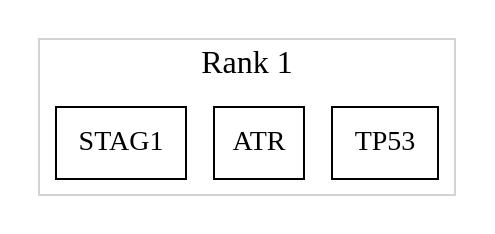
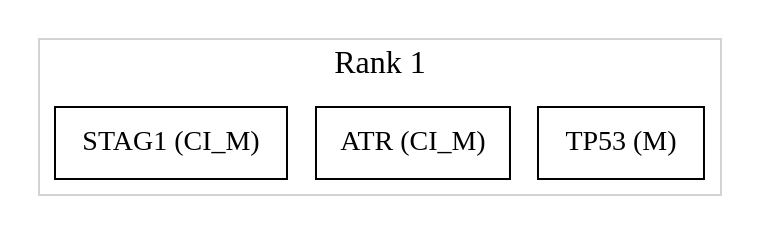
Before and after one commit to hifodbs/TikTakTuk: the diagram in produced/rank_same.gv, drawn with Graphviz. The commit also changed 2 other files, not shown here.

```diff
--- a/produced/rank_same.gv
+++ b/produced/rank_same.gv
@@ -1,21 +1,21 @@
 digraph {
 	graph [nodesep=0.2,
 		rankdir=TB,
 		ranksep=2.5
 	];
 	node [fontsize=14,
 		height=0.5,
 		shape=box,
 		width=0.3
 	];
 	subgraph cluster_1 {
 		graph [color=lightgrey,
 			fontsize=16,
 			label="Rank 1",
 			rank=same
 		];
-		TP53	[label=TP53];
-		ATR	[label=ATR];
-		STAG1	[label=STAG1];
+		"TP53 (M)"	[label="TP53 (M)"];
+		"ATR (CI_M)"	[label="ATR (CI_M)"];
+		"STAG1 (CI_M)"	[label="STAG1 (CI_M)"];
 	}
 }
```
